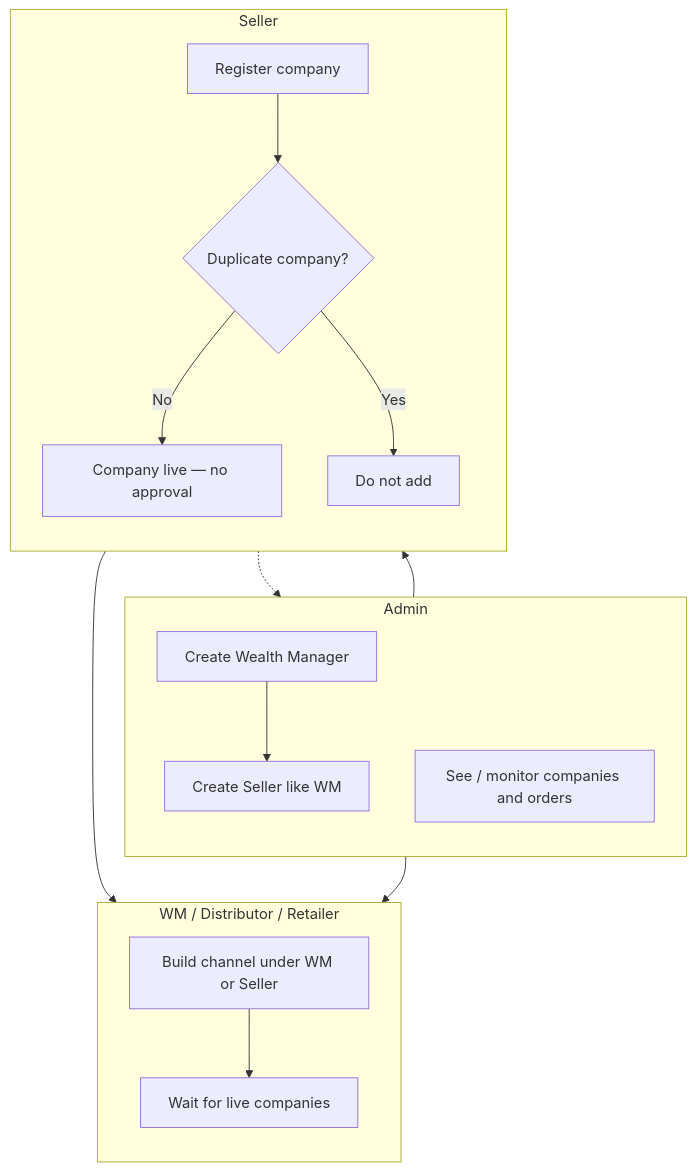
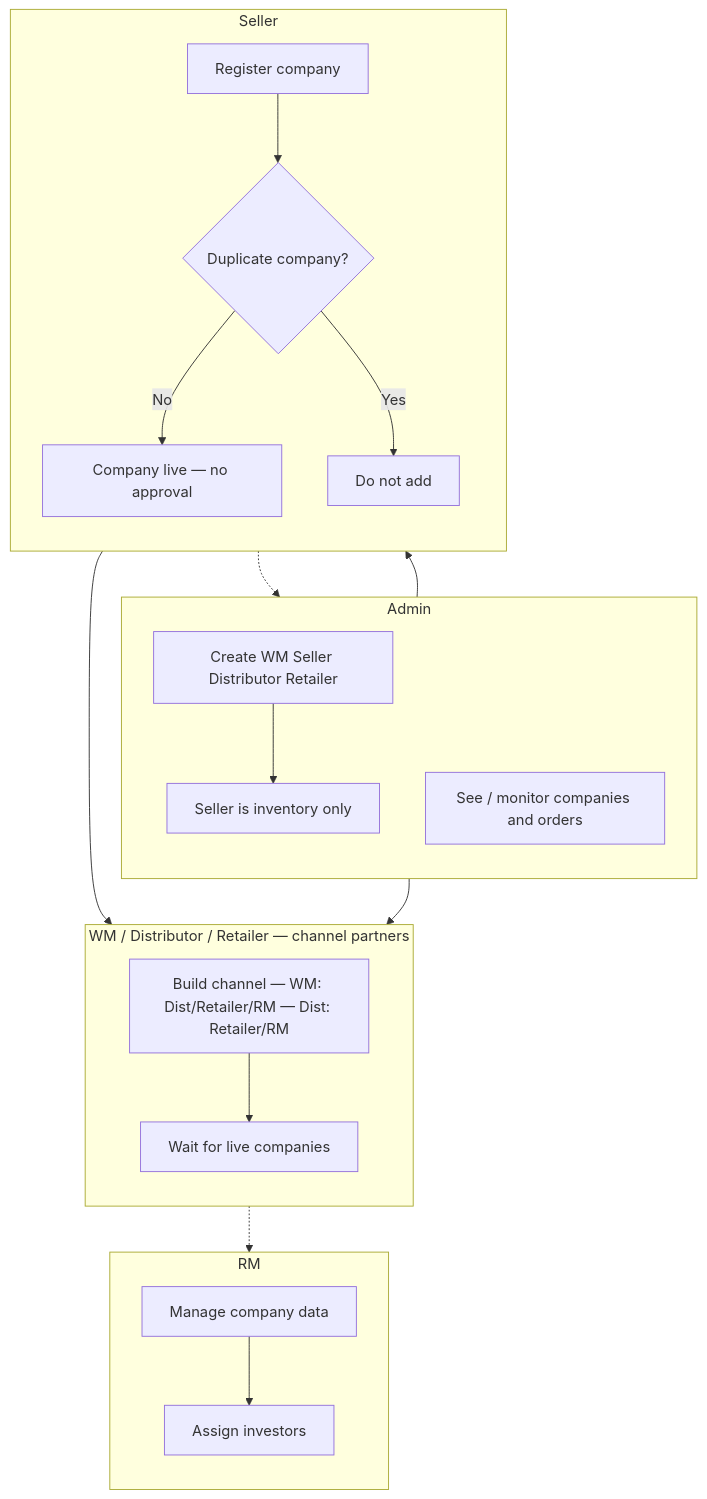
The first of 3 diagrams in docs/new-system/diagrams/swimlane-activity.md (kavadevelopers/PrivateDealsBackend), drawn with Mermaid before and after one commit. The commit also changed other lines of this file and 9 other files, not shown here.

````diff
--- a/docs/new-system/diagrams/swimlane-activity.md
+++ b/docs/new-system/diagrams/swimlane-activity.md
@@ -12,32 +12,40 @@
 ```mermaid
 flowchart TB
   subgraph AdminLane [Admin]
     direction TB
-    A1[Create Wealth Manager]
-    A2[Create Seller like WM]
+    A1[Create WM Seller Distributor Retailer]
+    A2[Seller is inventory only]
     A3[See / monitor companies and orders]
     A1 --> A2
   end
 
   subgraph SellerLane [Seller]
     direction TB
     S1[Register company]
     S2{Duplicate company?}
     S3[Company live — no approval]
     S4[Do not add]
     S1 --> S2
     S2 -->|No| S3
     S2 -->|Yes| S4
   end
 
-  subgraph ChannelLane [WM / Distributor / Retailer]
+  subgraph ChannelLane [WM / Distributor / Retailer — channel partners]
     direction TB
-    C0[Build channel under WM or Seller]
+    C0[Build channel — WM: Dist/Retailer/RM — Dist: Retailer/RM]
     C0 --> C1[Wait for live companies]
+  end
+
+  subgraph RMLane [RM]
+    direction TB
+    R1[Manage company data]
+    R2[Assign investors]
+    R1 --> R2
   end
 
   A2 --> S1
   A1 --> C0
   S3 --> C1
   S3 -.-> A3
+  C0 -.-> R1
 ```
````
